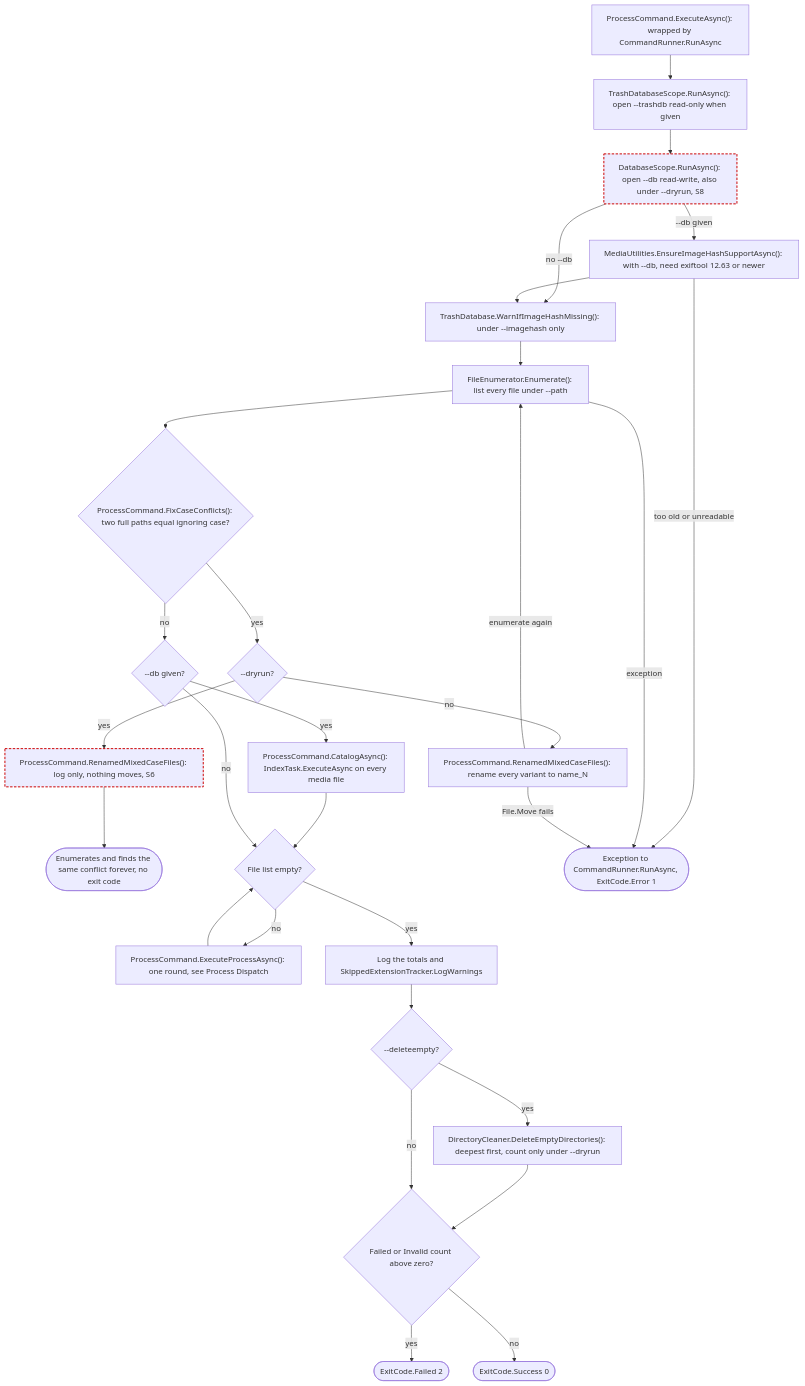
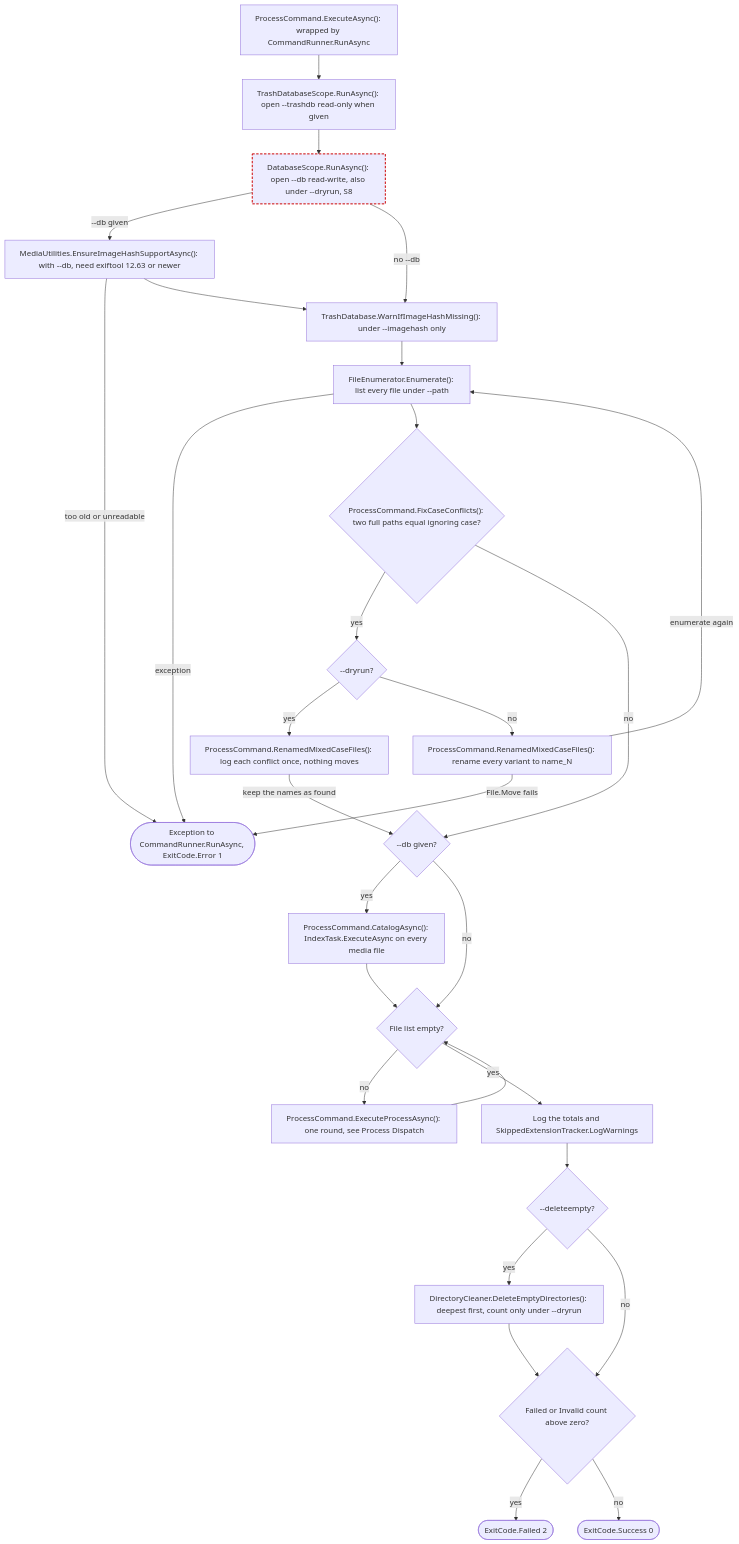
One commit to ptr727/PhotoCleaner changed the second of 23 diagrams in ARCHITECTURE.md. Above: the diagram before and after it, drawn with Mermaid. The commit also changed other lines of this file and 3 other files, not shown here.

First line of the commit message:
End a Dry Run Case Conflict, Count Dry Run Changes, and Fail an Undeletable Trashed File (#342)

````diff
--- a/ARCHITECTURE.md
+++ b/ARCHITECTURE.md
@@ -181,49 +181,48 @@
 ```mermaid
 flowchart TD
   run["ProcessCommand.ExecuteAsync(): wrapped by CommandRunner.RunAsync"]
   tscope["TrashDatabaseScope.RunAsync(): open --trashdb read-only when given"]
   dscope["DatabaseScope.RunAsync(): open --db read-write, also under --dryrun, S8"]:::suspect
   hashver["MediaUtilities.EnsureImageHashSupportAsync(): with --db, need exiftool 12.63 or newer"]
   warn["TrashDatabase.WarnIfImageHashMissing(): under --imagehash only"]
   enum["FileEnumerator.Enumerate(): list every file under --path"]
   fixcase{"ProcessCommand.FixCaseConflicts(): two full paths equal ignoring case?"}
   dry{"--dryrun?"}
-  dryloop["ProcessCommand.RenamedMixedCaseFiles(): log only, nothing moves, S6"]:::suspect
-  hang(["Enumerates and finds the same conflict forever, no exit code"])
+  dryloop["ProcessCommand.RenamedMixedCaseFiles(): log each conflict once, nothing moves"]
   move["ProcessCommand.RenamedMixedCaseFiles(): rename every variant to name_N"]
   hasdb{"--db given?"}
   catalog["ProcessCommand.CatalogAsync(): IndexTask.ExecuteAsync on every media file"]
   more{"File list empty?"}
   round["ProcessCommand.ExecuteProcessAsync(): one round, see Process Dispatch"]
   totals["Log the totals and SkippedExtensionTracker.LogWarnings"]
   delempty{"--deleteempty?"}
   clean["DirectoryCleaner.DeleteEmptyDirectories(): deepest first, count only under --dryrun"]
   exit{"Failed or Invalid count above zero?"}
   e2(["ExitCode.Failed 2"])
   e0(["ExitCode.Success 0"])
   err(["Exception to CommandRunner.RunAsync, ExitCode.Error 1"])
 
   run --> tscope --> dscope
   dscope -->|"--db given"| hashver
   dscope -->|"no --db"| warn
   hashver -->|"too old or unreadable"| err
   hashver --> warn
   warn --> enum
   enum -->|"exception"| err
   enum --> fixcase
   fixcase -->|"yes"| dry
-  dry -->|"yes"| dryloop --> hang
+  dry -->|"yes"| dryloop -->|"keep the names as found"| hasdb
   dry -->|"no"| move
   move -->|"File.Move fails"| err
   move -->|"enumerate again"| enum
   fixcase -->|"no"| hasdb
   hasdb -->|"yes"| catalog --> more
   hasdb -->|"no"| more
   more -->|"no"| round --> more
   more -->|"yes"| totals --> delempty
   delempty -->|"yes"| clean --> exit
   delempty -->|"no"| exit
   exit -->|"yes"| e2
   exit -->|"no"| e0
   classDef suspect stroke:#c00,stroke-width:2px,stroke-dasharray:5 3
 ```
````
